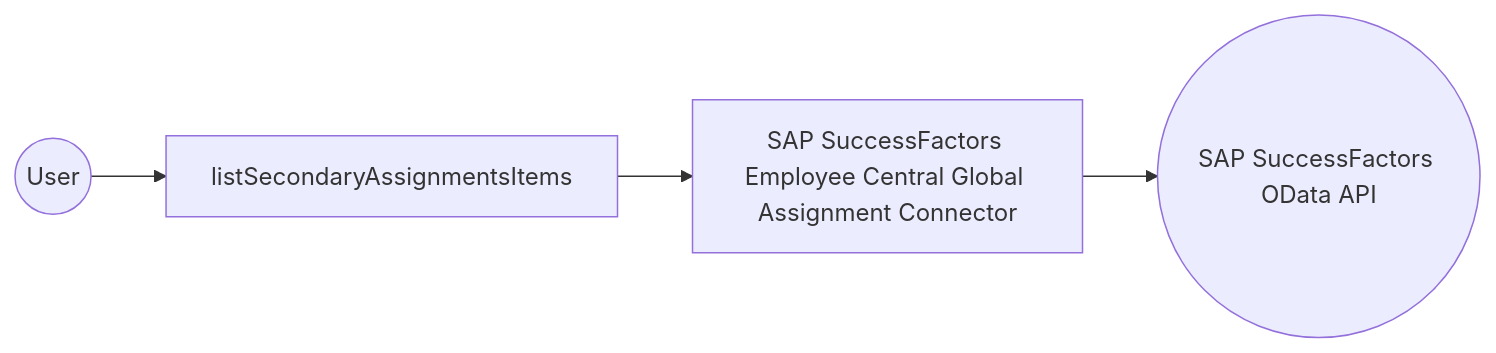
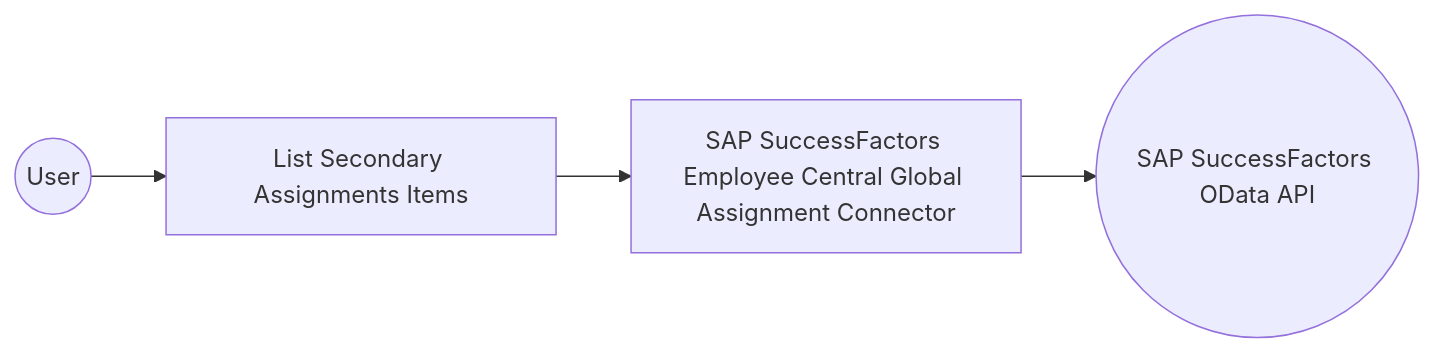
Before and after one commit to wso2/docs-integrator: the diagram in en/docs/connectors/catalog/hrms/sap.successfactors.ecglobalassignment/example.md, drawn with Mermaid. The commit also changed other lines of this file and 6 other files, not shown here.

````diff
--- a/en/docs/connectors/catalog/hrms/sap.successfactors.ecglobalassignment/example.md
+++ b/en/docs/connectors/catalog/hrms/sap.successfactors.ecglobalassignment/example.md
@@ -12,6 +12,6 @@
 ```mermaid
 flowchart LR
-    A((User)) --> B[listSecondaryAssignmentsItems]
+    A((User)) --> B[List Secondary Assignments Items]
     B --> C[SAP SuccessFactors Employee Central Global Assignment Connector]
     C --> D((SAP SuccessFactors OData API))
 ```
````
